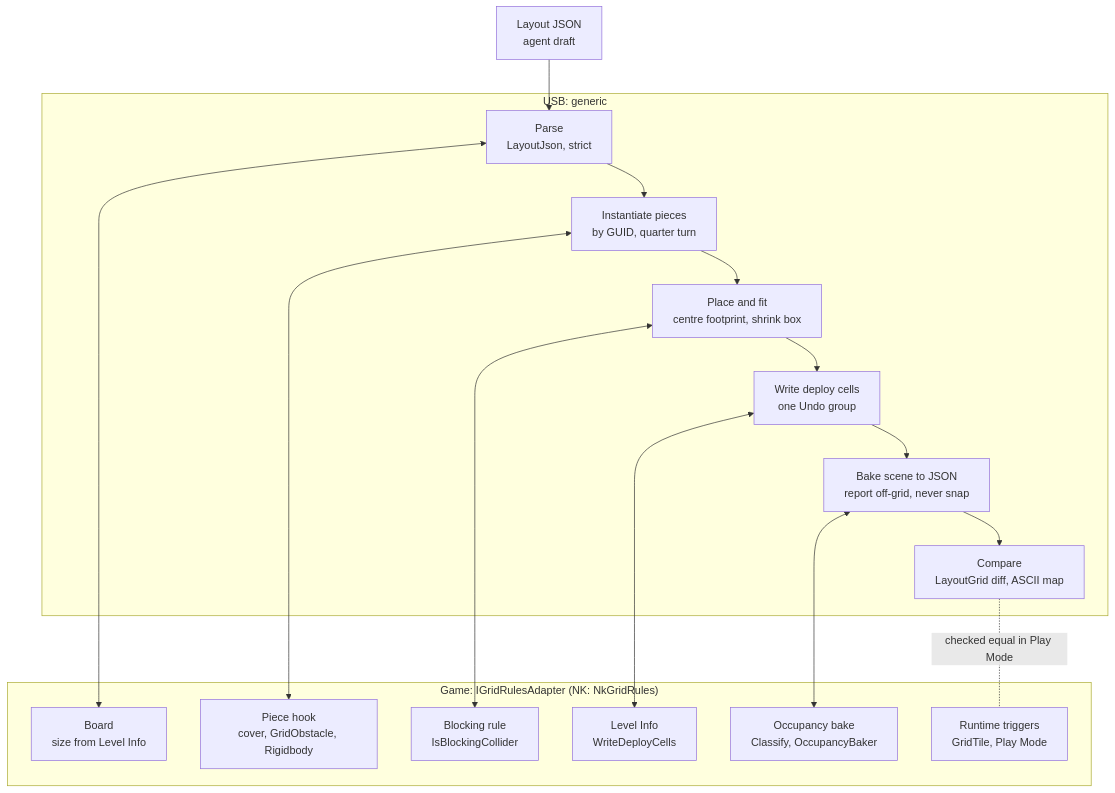
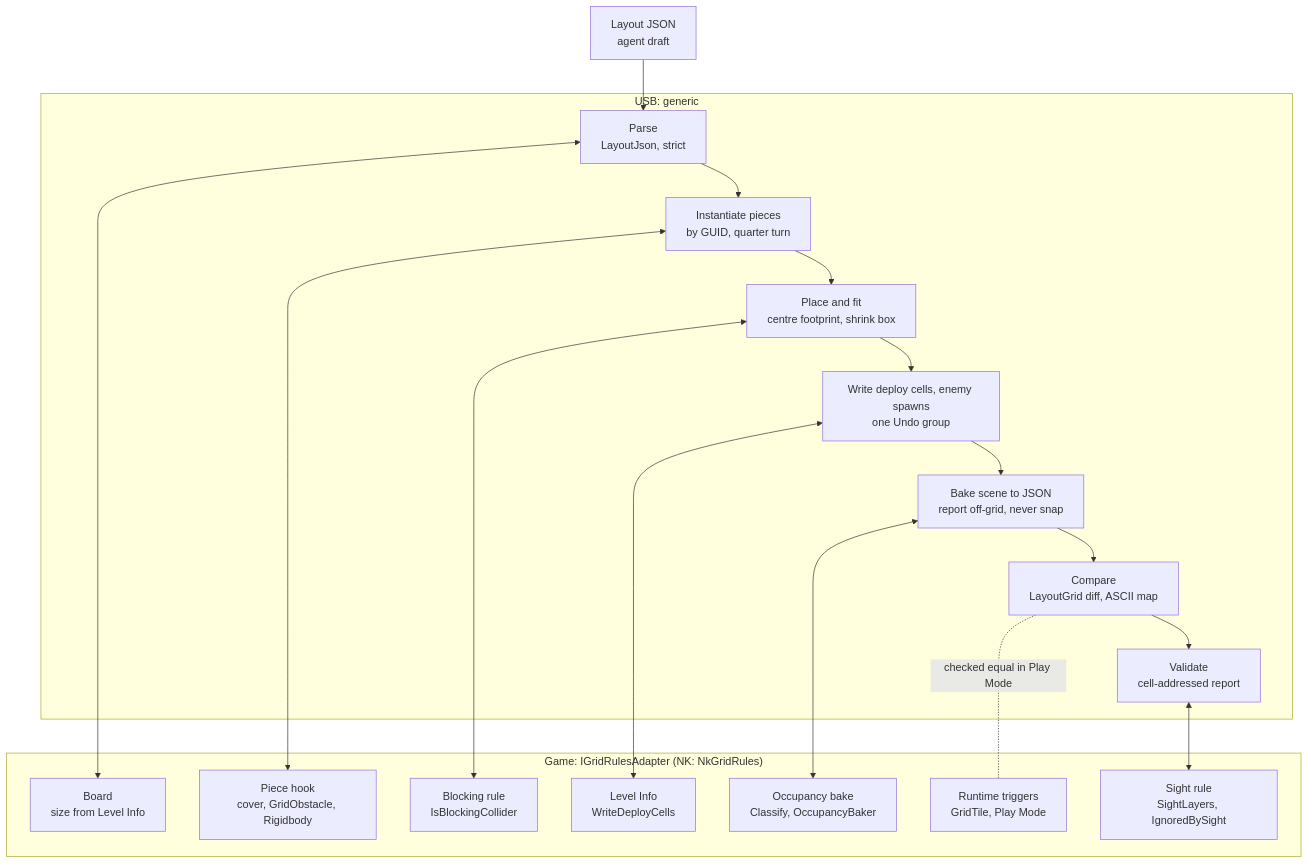
The diagram in docs/grid-layouts.md (Programalyst/unity-semantic-bridge), drawn with Mermaid before and after one commit. The commit also changed other lines of this file and 18 other files, not shown here.

First line of the commit message:
Add layout validators and enemy spawns; rename compile to apply

````diff
--- a/docs/grid-layouts.md
+++ b/docs/grid-layouts.md
@@ -50,28 +62,31 @@
 ```mermaid
 flowchart TB
     json["Layout JSON<br/>agent draft"]
     subgraph usb["USB: generic"]
         parse["Parse<br/>LayoutJson, strict"]
         inst["Instantiate pieces<br/>by GUID, quarter turn"]
         place["Place and fit<br/>centre footprint, shrink box"]
-        deploy["Write deploy cells<br/>one Undo group"]
+        deploy["Write deploy cells, enemy spawns<br/>one Undo group"]
         bake["Bake scene to JSON<br/>report off-grid, never snap"]
         compare["Compare<br/>LayoutGrid diff, ASCII map"]
-        parse --> inst --> place --> deploy --> bake --> compare
+        validate["Validate<br/>cell-addressed report"]
+        parse --> inst --> place --> deploy --> bake --> compare --> validate
     end
     subgraph game["Game: IGridRulesAdapter (NK: NkGridRules)"]
         board["Board<br/>size from Level Info"]
         hook["Piece hook<br/>cover, GridObstacle, Rigidbody"]
         blocking["Blocking rule<br/>IsBlockingCollider"]
         level["Level Info<br/>WriteDeployCells"]
         occ["Occupancy bake<br/>Classify, OccupancyBaker"]
         runtime["Runtime triggers<br/>GridTile, Play Mode"]
+        sight["Sight rule<br/>SightLayers, IgnoredBySight"]
     end
     json --> parse
     parse <--> board
     inst <--> hook
     place <--> blocking
     deploy <--> level
     bake <--> occ
+    validate <--> sight
     compare -. "checked equal in Play Mode" .- runtime
 ```
````
